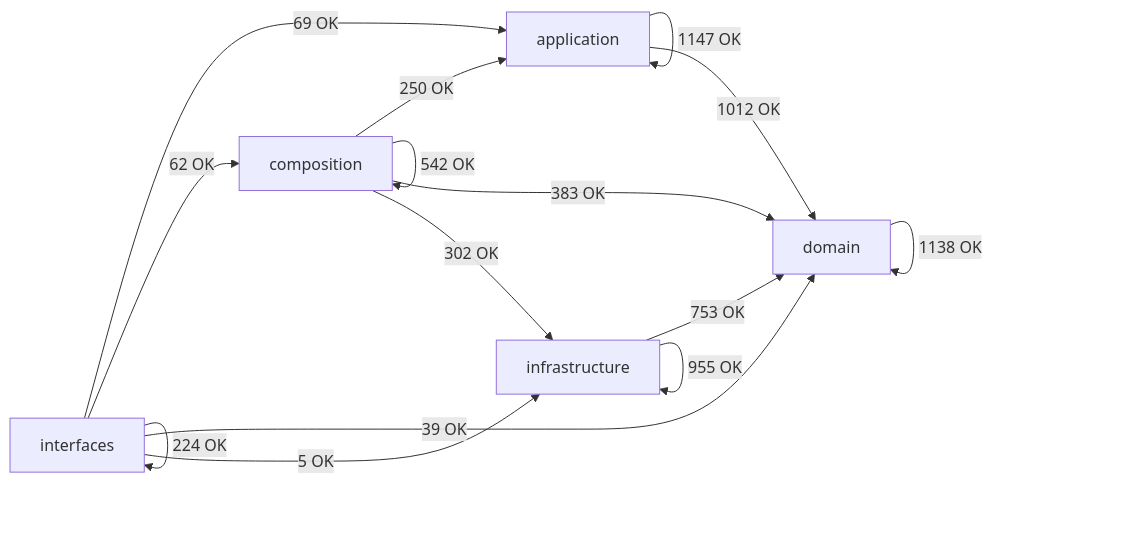
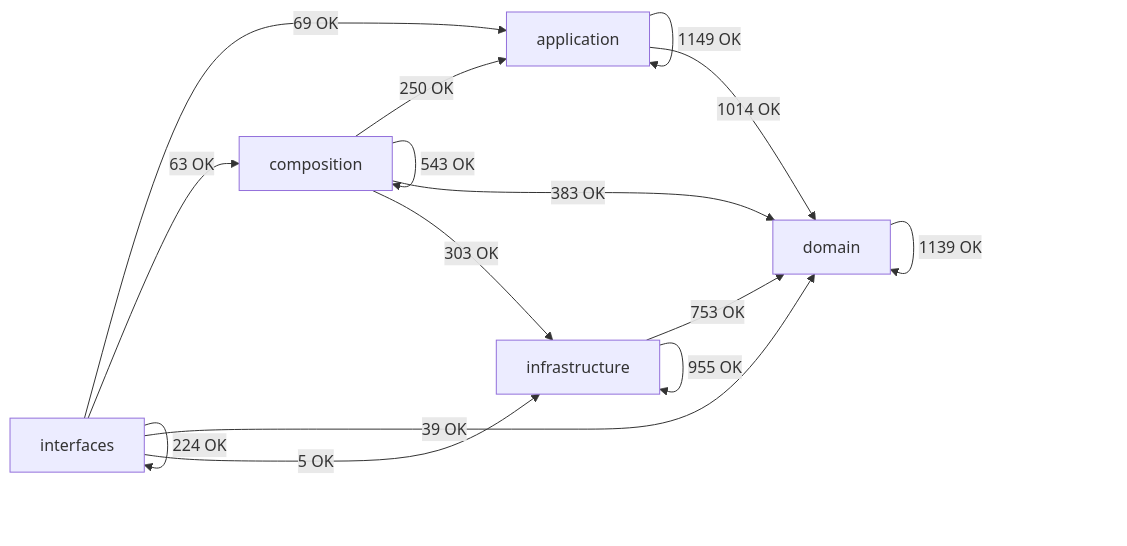
Before and after one commit to SatoryKono/BioactivityDataAcquisition: the diagram in docs/02-architecture/generated/module-dependency-map.md, drawn with Mermaid. The commit also changed other lines of this file and 218 other files, not shown here.

````diff
--- a/docs/02-architecture/generated/module-dependency-map.md
+++ b/docs/02-architecture/generated/module-dependency-map.md
@@ -17,22 +17,22 @@
 ```mermaid
 flowchart LR
     domain[domain]
     application[application]
     infrastructure[infrastructure]
     composition[composition]
     interfaces[interfaces]
-    application -->|1147 OK| application
-    application -->|1012 OK| domain
+    application -->|1149 OK| application
+    application -->|1014 OK| domain
     composition -->|250 OK| application
-    composition -->|542 OK| composition
+    composition -->|543 OK| composition
     composition -->|383 OK| domain
-    composition -->|302 OK| infrastructure
-    domain -->|1138 OK| domain
+    composition -->|303 OK| infrastructure
+    domain -->|1139 OK| domain
     infrastructure -->|753 OK| domain
     infrastructure -->|955 OK| infrastructure
     interfaces -->|69 OK| application
-    interfaces -->|62 OK| composition
+    interfaces -->|63 OK| composition
     interfaces -->|39 OK| domain
     interfaces -->|5 OK| infrastructure
     interfaces -->|224 OK| interfaces
 ```
````
